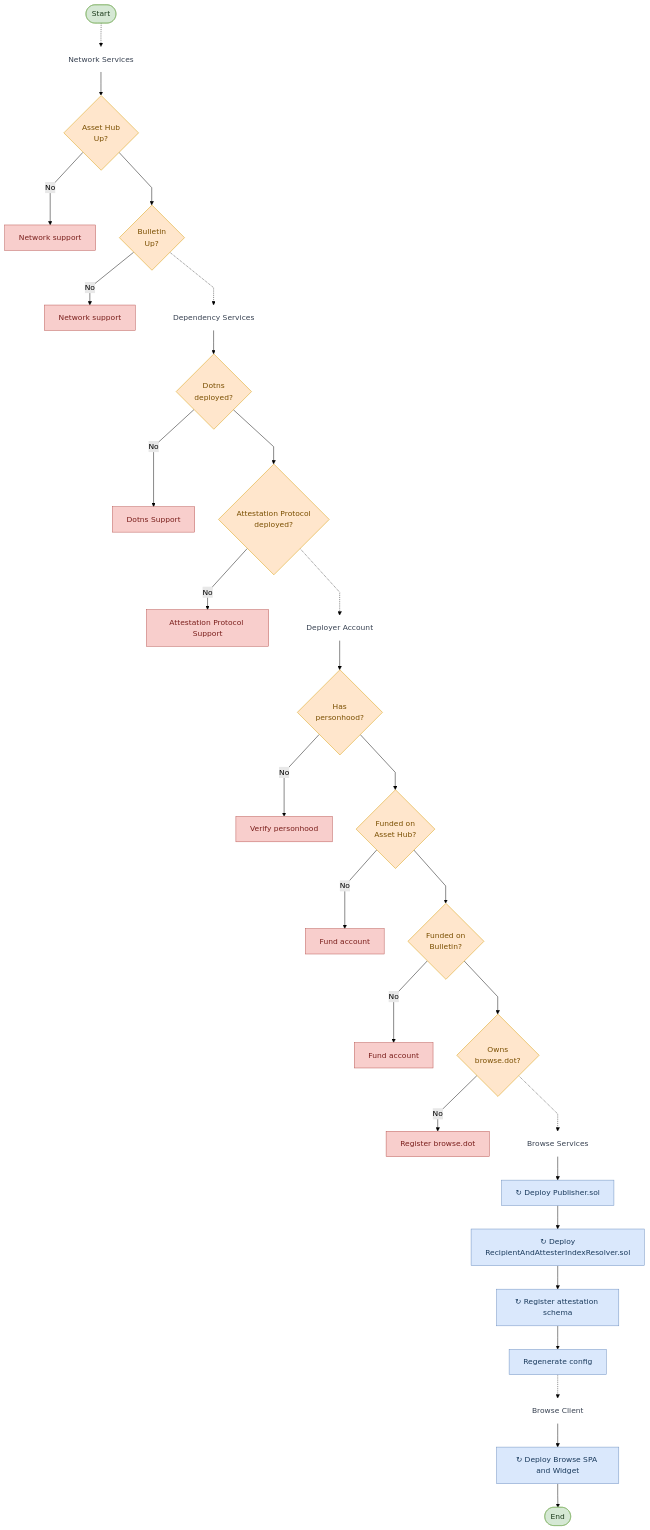
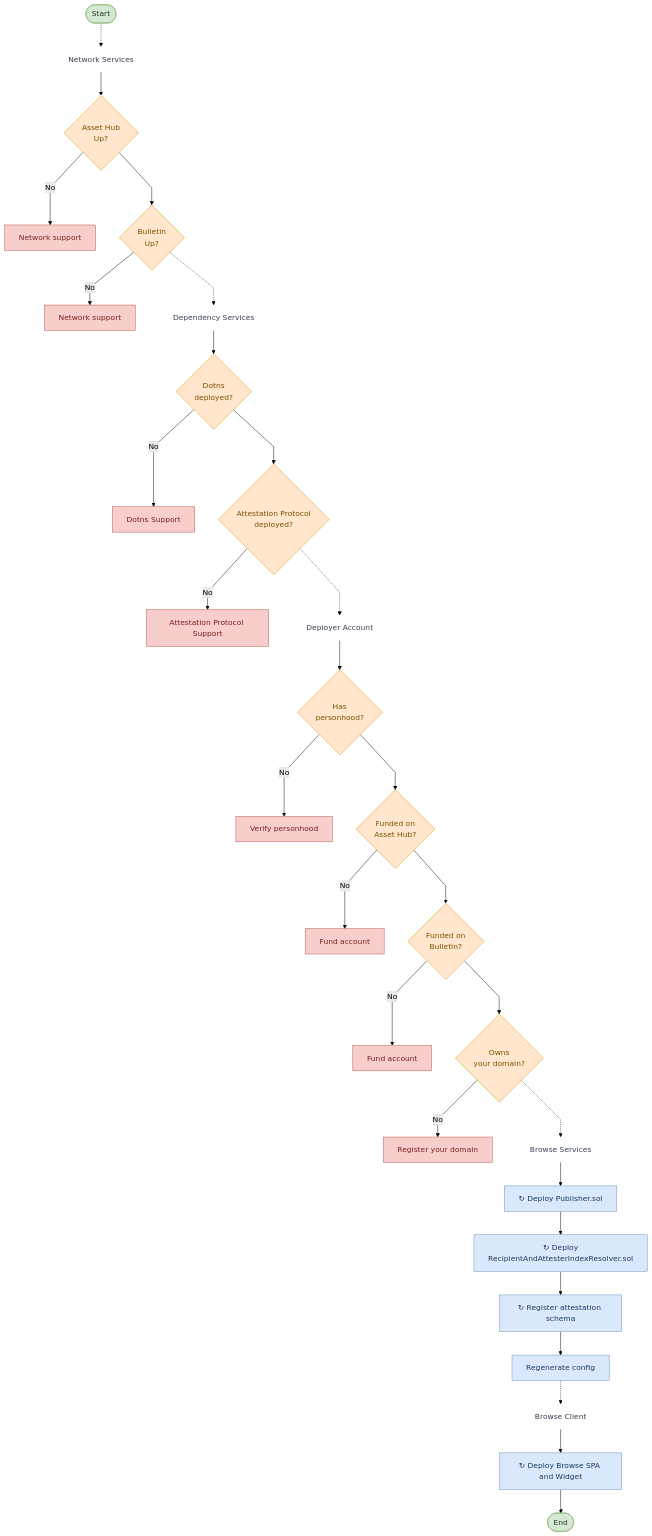
Before and after one commit to paritytech/browse: the diagram in docs/one-deployment.md, drawn with Mermaid (forest theme). The commit also changed other lines of this file and 15 other files, not shown here.

````diff
--- a/docs/one-deployment.md
+++ b/docs/one-deployment.md
@@ -15,56 +15,56 @@
 ```mermaid
 %%{init: {'flowchart': {'curve': 'linear'}}}%%
 flowchart TD
     start([Start]):::term
 
     start -.-> hNet
     hNet[Network Services]:::hdr
     hNet --> d1{Asset Hub<br/>Up?}:::dec
     d1 -->|No| r1[Network support]:::fix
     d1 --> d2{Bulletin<br/>Up?}:::dec
     d2 -->|No| r2[Network support]:::fix
 
     d2 -.-> hDep
     hDep[Dependency Services]:::hdr
     hDep --> d3{Dotns<br/>deployed?}:::dec
     d3 -->|No| r3[Dotns Support]:::fix
     d3 --> d4{Attestation Protocol<br/>deployed?}:::dec
     d4 -->|No| r4[Attestation Protocol Support]:::fix
 
     d4 -.-> hAcc
     hAcc[Deployer Account]:::hdr
     hAcc --> d5{Has<br/>personhood?}:::dec
     d5 -->|No| r5[Verify personhood]:::fix
     d5 --> d6{Funded on<br/>Asset Hub?}:::dec
     d6 -->|No| r6[Fund account]:::fix
     d6 --> d7{Funded on<br/>Bulletin?}:::dec
     d7 -->|No| r7[Fund account]:::fix
-    d7 --> d8{Owns<br/>browse.dot?}:::dec
-    d8 -->|No| r8[Register browse.dot]:::fix
+    d7 --> d8{Owns<br/>your domain?}:::dec
+    d8 -->|No| r8[Register your domain]:::fix
 
     d8 -.-> hSvc
     hSvc[Browse Services]:::hdr
     hSvc --> p1[↻ Deploy Publisher.sol]:::proc
     p1 --> p2[↻ Deploy<br/>RecipientAndAttesterIndexResolver.sol]:::proc
     p2 --> p3[↻ Register attestation schema]:::proc
     p3 --> p4[Regenerate config]:::proc
 
     p4 -.-> hClient
     hClient[Browse Client]:::hdr
     hClient --> c1[↻ Deploy Browse SPA and Widget]:::proc
 
     c1 --> done([End]):::term
 
     click p1 "https://github.com/paritytech/browse/blob/main/evm/src/Publisher.sol" _blank
     click p2 "https://github.com/paritytech/browse/blob/main/evm/src/RecipientAndAttesterIndexResolver.sol" _blank
     click r3 "https://github.com/paritytech/dotns" _blank
     click r4 "https://github.com/paritytech/attestation-protocol" _blank
     click r6 "https://faucet.polkadot.io/" _blank
     click r7 "https://faucet.polkadot.io/" _blank
 
     classDef term fill:#D5E8D4,stroke:#82B366,color:#1b3a1b
     classDef hdr fill:none,stroke:none,color:#374151
     classDef dec fill:#FFE6CC,stroke:#D79B00,color:#7a4f00
     classDef fix fill:#F8CECC,stroke:#B85450,color:#7a1f1c
     classDef proc fill:#DAE8FC,stroke:#6C8EBF,color:#1a3a5c
 ```
````
